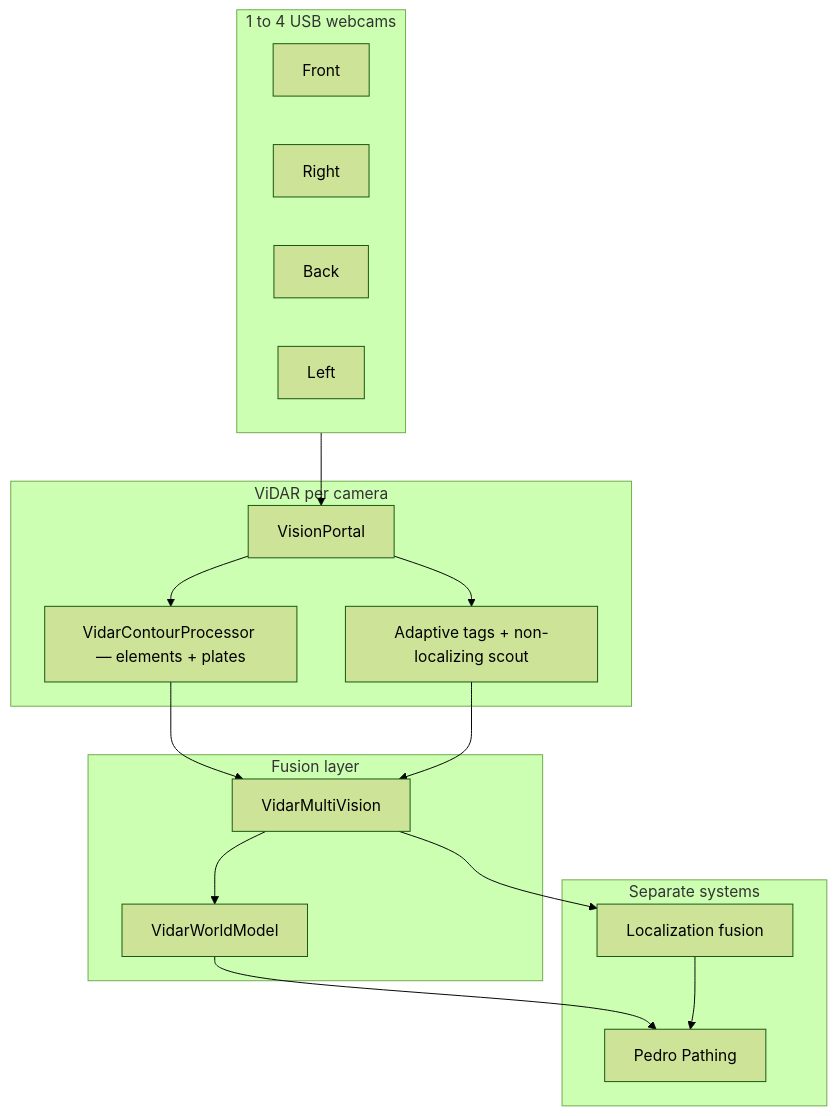
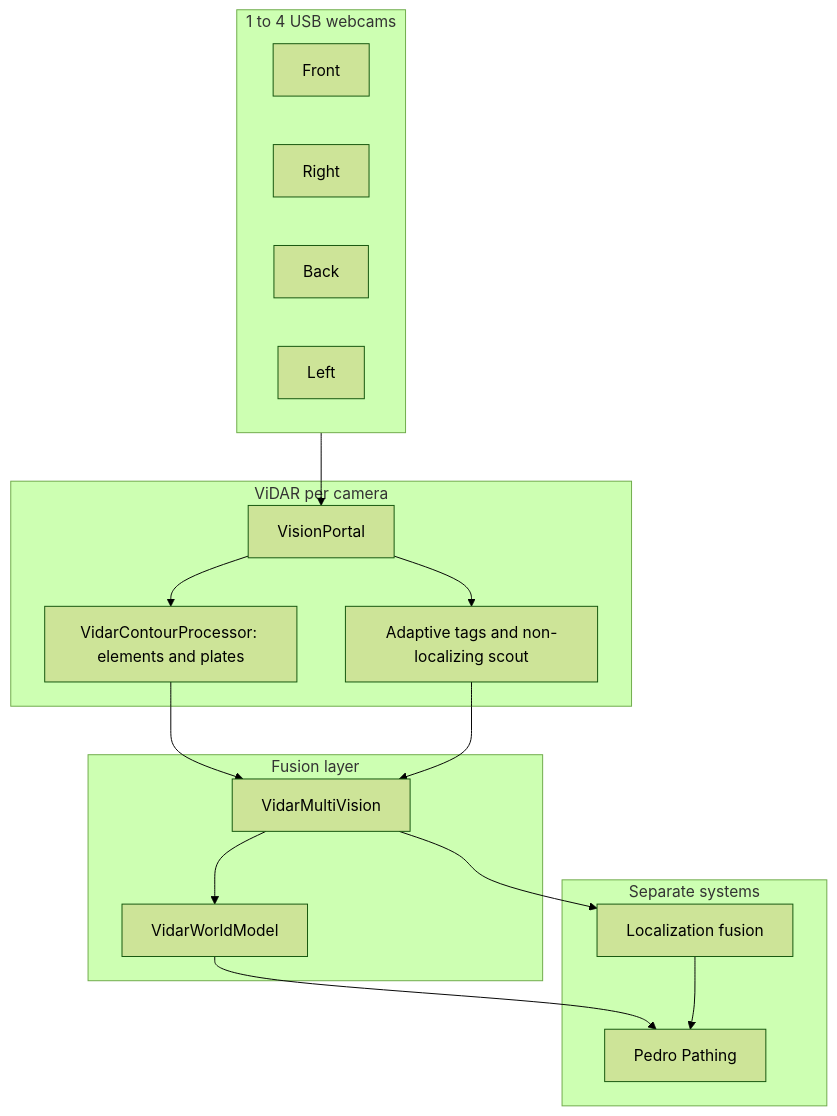
Before and after one commit to The-Allsparks/ViDAR: the diagram in docs/ROADMAP.md, drawn with Mermaid (forest theme). The commit also changed 1 other file, not shown here.

Commit message:
fix: make README mermaid diagram GitHub-safe

````diff
--- a/docs/ROADMAP.md
+++ b/docs/ROADMAP.md
@@ -7,35 +7,35 @@
 ```mermaid
 flowchart TB
   subgraph cameras [1 to 4 USB webcams]
     C1[Front]
     C2[Right]
     C3[Back]
     C4[Left]
   end
 
   subgraph vidar [ViDAR per camera]
     VP[VisionPortal]
-    CP[VidarContourProcessor — elements + plates]
-    Tags[Adaptive tags + non-localizing scout]
+    CP["VidarContourProcessor: elements and plates"]
+    Tags["Adaptive tags and non-localizing scout"]
   end
 
   subgraph fuse [Fusion layer]
     MV[VidarMultiVision]
     WM[VidarWorldModel]
   end
 
   subgraph future [Separate systems]
     LOC[Localization fusion]
     PED[Pedro Pathing]
   end
 
   cameras --> VP
   VP --> CP
   VP --> Tags
   CP --> MV
   Tags --> MV
   MV --> WM
   MV --> LOC
   WM --> PED
   LOC --> PED
 ```
````
